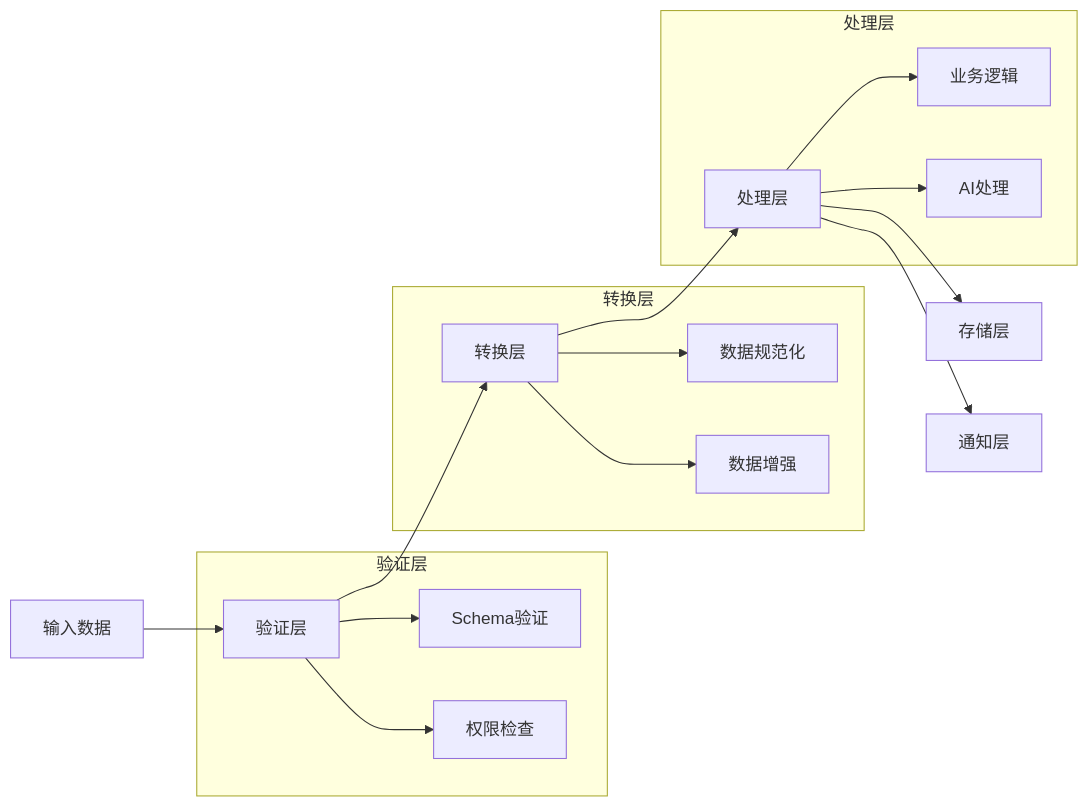
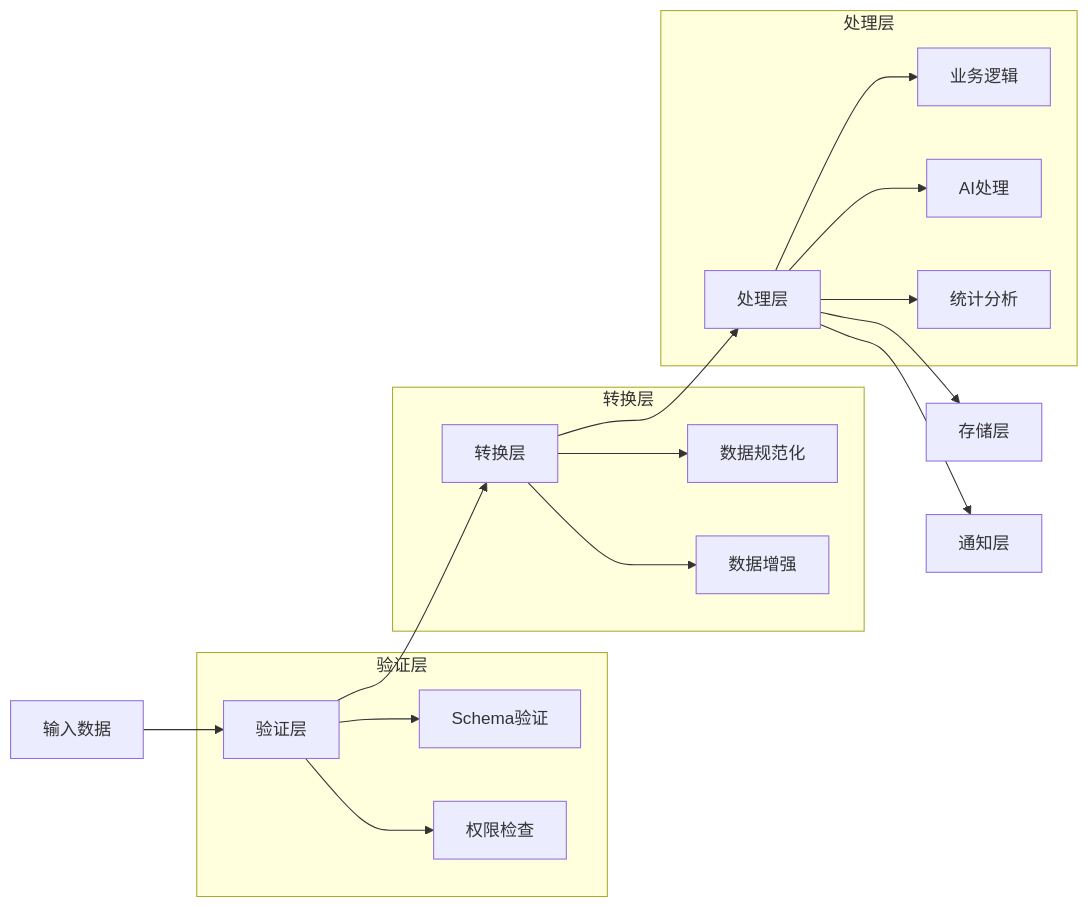
The fifth of 9 diagrams in docs/Refactor/ARCHITECTURE.md (AdaMartin18010/FormalScience), drawn with Mermaid before and after one commit. The commit also changed other lines of this file and 140 other files, not shown here.

````diff
--- a/docs/Refactor/ARCHITECTURE.md
+++ b/docs/Refactor/ARCHITECTURE.md
@@ -148,23 +223,24 @@
 ```mermaid
 flowchart LR
     Input["输入数据"] --> Validate["验证层"]
     Validate --> Transform["转换层"]
     Transform --> Process["处理层"]
     Process --> Store["存储层"]
     Process --> Notify["通知层"]
 
     subgraph ValidateLayer["验证层"]
         Validate --> Schema["Schema验证"]
         Validate --> AuthCheck["权限检查"]
     end
 
     subgraph TransformLayer["转换层"]
         Transform --> Normalize["数据规范化"]
         Transform --> Enrich["数据增强"]
     end
 
     subgraph ProcessLayer["处理层"]
         Process --> Business["业务逻辑"]
         Process --> AI["AI处理"]
+        Process --> Stats["统计分析"]
     end
 ```
````
